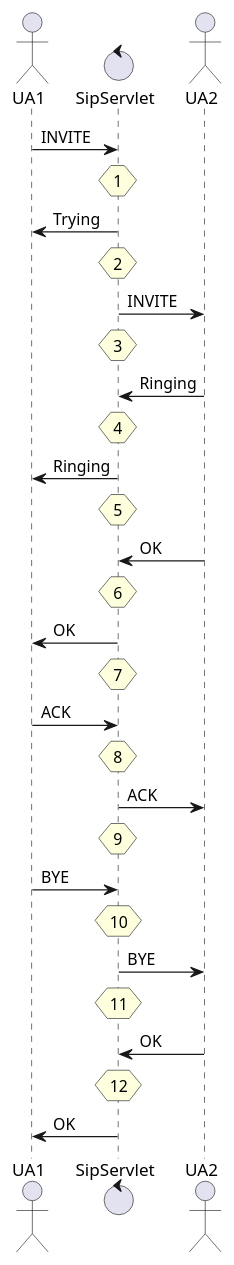
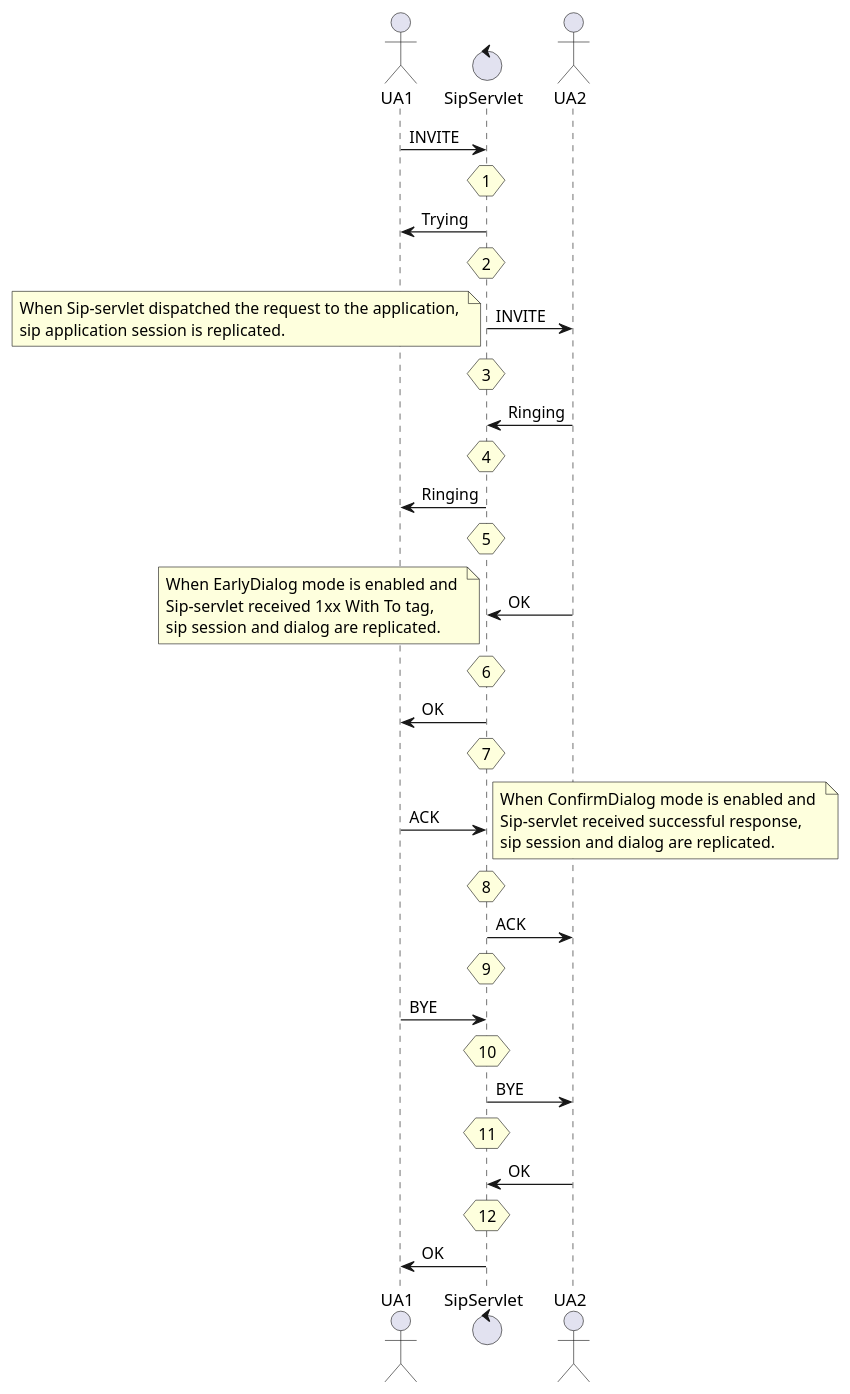
Before and after one commit to RestComm/sip-servlets: the diagram in docs/sources-asciidoc/src/main/asciidoc/uml/replication-seq-diagram.plantuml, drawn with PlantUML. The commit also changed 2 other files, not shown here.

```diff
--- a/docs/sources-asciidoc/src/main/asciidoc/uml/replication-seq-diagram.plantuml
+++ b/docs/sources-asciidoc/src/main/asciidoc/uml/replication-seq-diagram.plantuml
@@ -1,32 +1,45 @@
 @startuml
 actor UA1
 control SipServlet
 actor UA2
 
 UA1 -> SipServlet: INVITE             
 hnote over SipServlet: 1
 UA1 <- SipServlet: Trying
 hnote over SipServlet: 2
 UA2 <- SipServlet: INVITE
 hnote over SipServlet: 3
+note left
+When Sip-servlet dispatched the request to the application, 
+sip application session is replicated.
+end note
 UA2 -> SipServlet: Ringing
 hnote over SipServlet: 4
 UA1 <- SipServlet: Ringing
 hnote over SipServlet: 5
 UA2 -> SipServlet: OK
 hnote over SipServlet: 6
+note left
+When EarlyDialog mode is enabled and 
+Sip-servlet received 1xx With To tag, 
+sip session and dialog are replicated.
+end note
 UA1 <- SipServlet: OK
 hnote over SipServlet: 7
 UA1 -> SipServlet: ACK
 hnote over SipServlet: 8
+note right
+When ConfirmDialog mode is enabled and 
+Sip-servlet received successful response, 
+sip session and dialog are replicated.
+end note
 UA2 <- SipServlet: ACK
 hnote over SipServlet: 9
-
 UA1 -> SipServlet: BYE
 hnote over SipServlet: 10
 UA2 <- SipServlet: BYE
 hnote over SipServlet: 11
 UA2 -> SipServlet: OK
 hnote over SipServlet: 12
 UA1 <- SipServlet: OK
 @enduml
```
